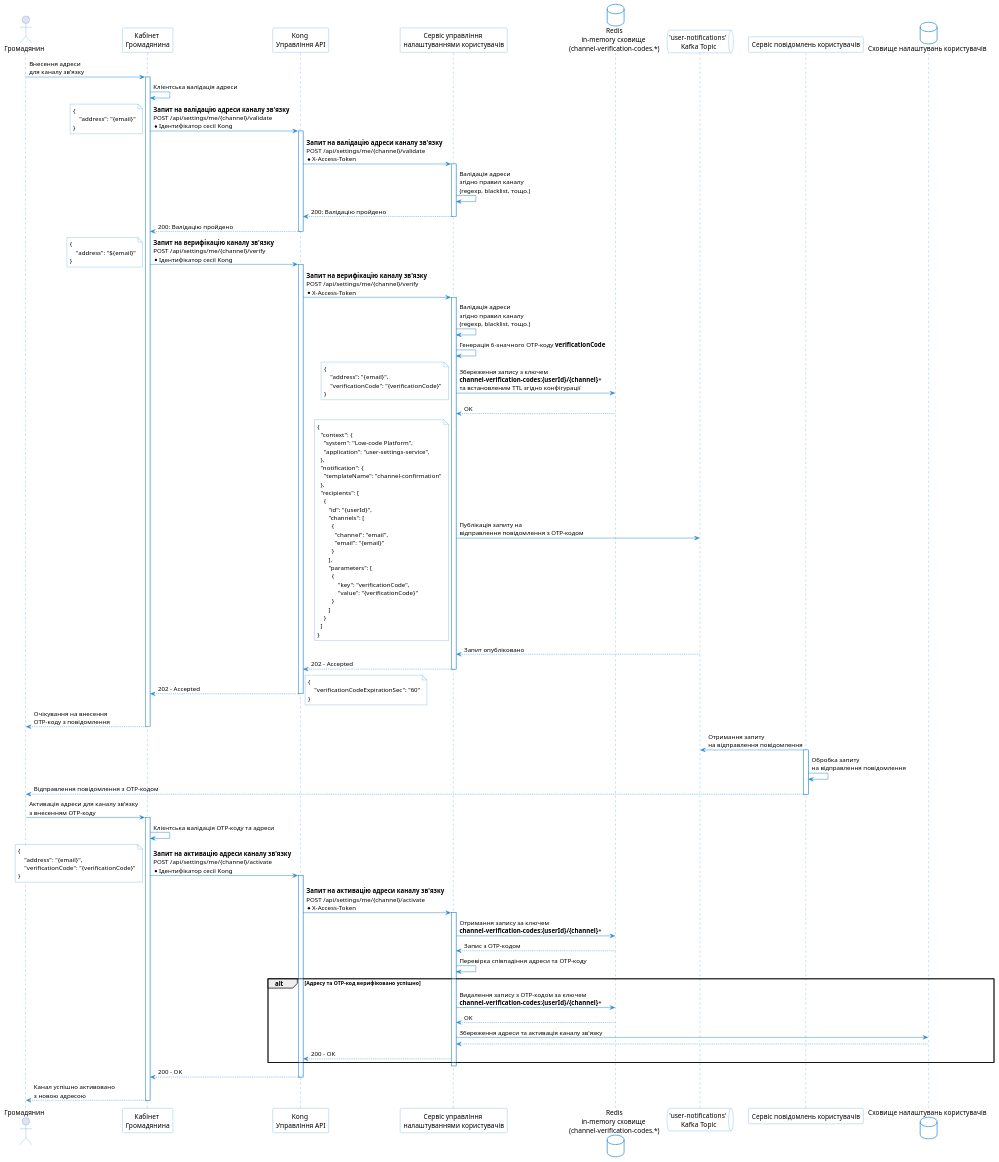
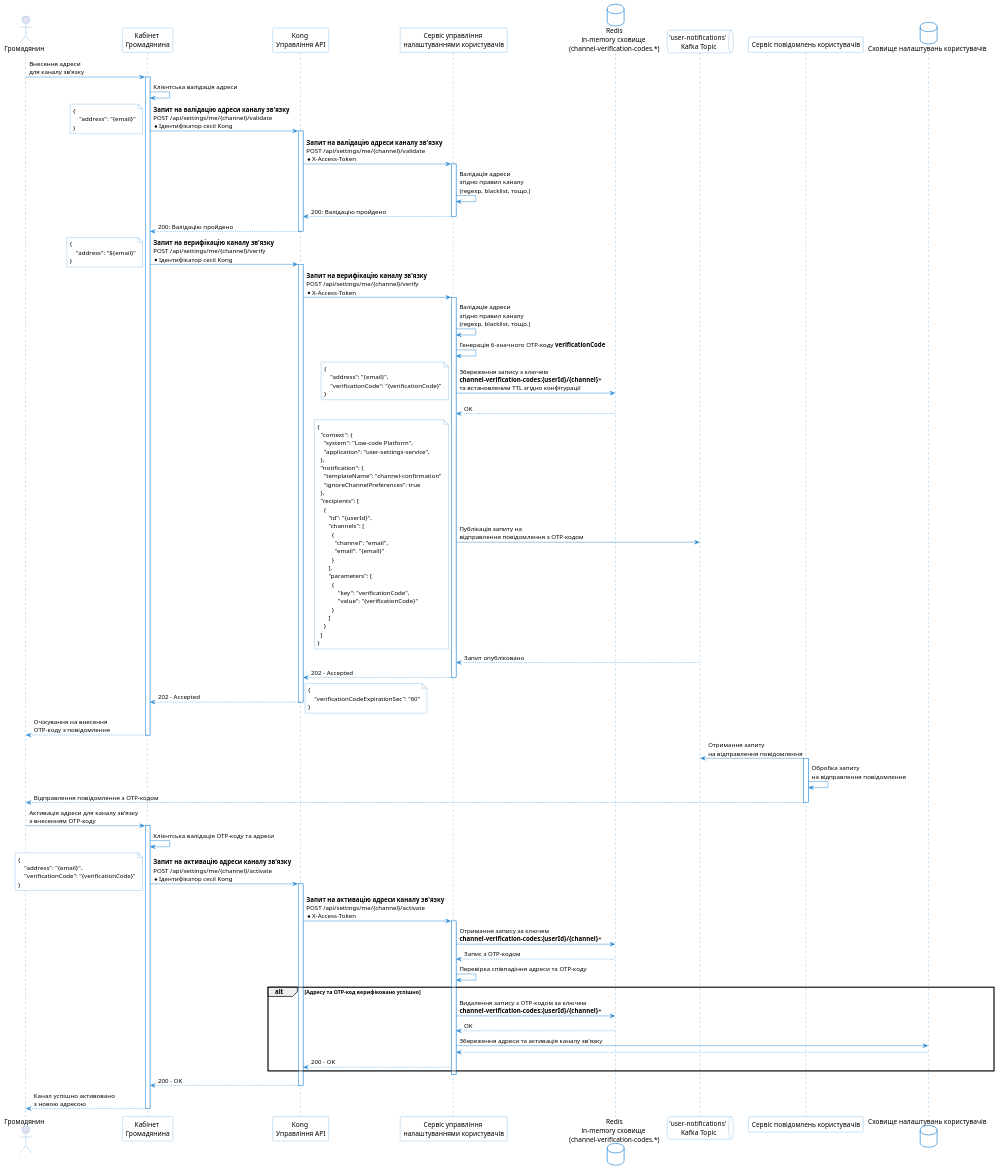
Before and after one commit to epam/edp-ddm-architecture: the diagram in modules/tech/partials/lowcode/channel-confirmation-flow.puml, drawn with PlantUML. The commit also changed 2 other files, not shown here.

Commit message:
[MDTUDDM-4740] Multi-channel notification subsystem design

```diff
--- a/modules/tech/partials/lowcode/channel-confirmation-flow.puml
+++ b/modules/tech/partials/lowcode/channel-confirmation-flow.puml
@@ -1,140 +1,141 @@
 @startuml
 skinparam shadowing false
 skinparam DatabaseBackgroundColor white
 skinparam DatabaseBorderColor #2688d4
 skinparam QueueBackgroundColor white
 skinparam QueueBorderColor #2688d4
 skinparam NoteBackgroundColor white
 skinparam NoteBorderColor #2688d4
 skinparam sequence {
     ArrowColor #2688d4
     ActorBorderColor #2688d4
     LifeLineBorderColor #2688d4
     ParticipantBorderColor #2688d4
     ParticipantBackgroundColor white
     BoxBorderColor #2688d4
     BoxBackgroundColor white
 }
 
 actor Громадянин as citizen
 participant "Кабінет \nГромадянина" as citizen_portal
 participant "Kong \nУправління API" as kong
 participant "Сервіс управління \nналаштуваннями користувачів" as user_settings_service
 database "Redis\nin-memory сховище \n(channel-verification-codes.*)" as redis
 queue "'user-notifications'\n Kafka Topic" as user_notifications_topic
 participant "Сервіс повідомлень користувачів" as user_notifications_service
 database "Сховище налаштувань користувачів" as user_settings_database
 
 citizen -> citizen_portal: Внесення адреси \nдля каналу зв'язку
 activate citizen_portal
   citizen_portal -> citizen_portal: Клієнтська валідація адреси
   citizen_portal -> kong: **Запит на валідацію адреси каналу зв'язку** \nPOST /api/settings/me/{channel}/validate \n*Ідентифікатор сесії Kong
   note left
     {
         "address": "{email}"
     }
   end note
   activate kong
     kong -> user_settings_service: **Запит на валідацію адреси каналу зв'язку** \nPOST /api/settings/me/{channel}/validate \n*X-Access-Token
     activate user_settings_service
       user_settings_service -> user_settings_service: Валідація адреси \nзгідно правил каналу \n(regexp, blacklist, тощо.)
       user_settings_service --> kong: 200: Валідацію пройдено
     deactivate user_settings_service
     kong --> citizen_portal: 200: Валідацію пройдено
   deactivate kong
   citizen_portal -> kong: **Запит на верифікацію каналу зв'язку** \nPOST /api/settings/me/{channel}/verify \n*Ідентифікатор сесії Kong
   note left
     {
         "address": "${email}"
     }
   end note
   activate kong
     kong -> user_settings_service: **Запит на верифікацію каналу зв'язку** \nPOST /api/settings/me/{channel}/verify \n*X-Access-Token
     activate user_settings_service
       user_settings_service -> user_settings_service: Валідація адреси \nзгідно правил каналу \n(regexp, blacklist, тощо.)
       user_settings_service -> user_settings_service: Генерація 6-значного OTP-коду **verificationCode**
       user_settings_service -> redis: Збереження запису з ключем \n**channel-verification-codes:{userId}/{channel}*** \nта встановленим TTL згідно конфігурації
       note left
         {
             "address": "{email}",
             "verificationCode": "{verificationCode}"
         }
       end note
       redis --> user_settings_service: OK
       user_settings_service -> user_notifications_topic: Публікація запиту на \nвідправлення повідомлення з OTP-кодом
       note left
        {
          "context": {
            "system": "Low-code Platform",
            "application": "user-settings-service",
          },
          "notification": {
            "templateName": "channel-confirmation"
+           "ignoreChannelPreferences": true
          },
          "recipients": [
            {
               "id": "{userId}",
               "channels": [
                 {
                   "channel": "email",
                   "email": "{email}"
                 }
               ],
               "parameters": [
                 {
                     "key": "verificationCode",
                     "value": "{verificationCode}"
                 }
               ]
            }
          ]
        }
       end note
       user_notifications_topic --> user_settings_service: Запит опубліковано
       user_settings_service --> kong: 202 - Accepted
     deactivate user_settings_service
     kong --> citizen_portal: 202 - Accepted
     note right
       {
           "verificationCodeExpirationSec": "60"
       }
     end note
   deactivate kong
   citizen_portal --> citizen: Очікування на внесення \nOTP-коду з повідомлення
 deactivate citizen_portal
 
 user_notifications_service -> user_notifications_topic: Отримання запиту \nна відправлення повідомлення
 activate user_notifications_service
   user_notifications_service -> user_notifications_service: Обробка запиту \nна відправлення повідомлення
   user_notifications_service --> citizen: Відправлення повідомлення з OTP-кодом
 deactivate user_notifications_service
 
 citizen -> citizen_portal: Активація адреси для каналу зв'язку \nз внесенням OTP-коду
 activate citizen_portal
   citizen_portal -> citizen_portal: Клієнтська валідація OTP-коду та адреси
   citizen_portal -> kong: **Запит на активацію адреси каналу зв'язку** \nPOST /api/settings/me/{channel}/activate \n*Ідентифікатор сесії Kong
   note left
     {
         "address": "{email}",
         "verificationCode": "{verificationCode}"
     }
   end note
   activate kong
     kong -> user_settings_service: **Запит на активацію адреси каналу зв'язку** \nPOST /api/settings/me/{channel}/activate \n*X-Access-Token
     activate user_settings_service
       user_settings_service -> redis: Отримання запису за ключем \n**channel-verification-codes:{userId}/{channel}***
       redis --> user_settings_service: Запис з OTP-кодом
       user_settings_service -> user_settings_service: Перевірка співпадіння адреси та OTP-коду
       alt Адресу та OTP-код верифіковано успішно
         user_settings_service -> redis: Видалення запису з OTP-кодом за ключем\n**channel-verification-codes:{userId}/{channel}***
         redis --> user_settings_service: OK
         user_settings_service -> user_settings_database: Збереження адреси та активація каналу зв'язку
         user_settings_database --> user_settings_service
         user_settings_service --> kong: 200 - OK
       end
     deactivate user_settings_service
     kong --> citizen_portal: 200 - OK
   deactivate kong
   citizen_portal --> citizen: Канал успішно активовано \nз новою адресою
 deactivate citizen_portal
 @enduml
```
